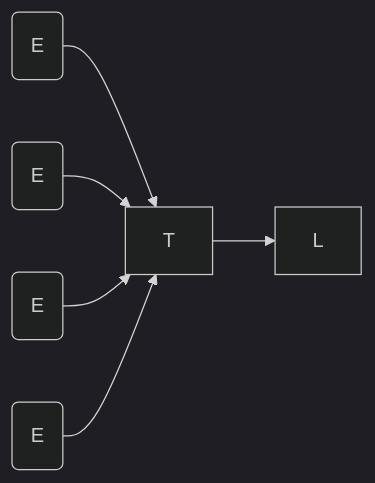
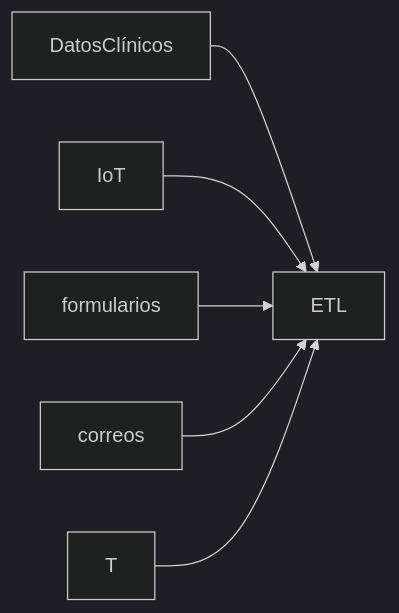
One commit to git-jrm/ing-datos-M5 changed the first of 5 diagrams in README.md. Above: the diagram before and after it, drawn with Mermaid (dark theme).

````diff
--- a/README.md
+++ b/README.md
@@ -41,8 +41,8 @@
 ```mermaid
 graph LR;
-  DatosClínicos(E)-->T;
-  IoT(E)-->T;
-  formularios(E)-->T;
-  correos(E)-->T;
-  T-->L;
+  DatosClínicos-->ETL;
+  IoT-->ETL;
+  formularios-->ETL;
+  correos-->ETL;
+  T-->ETL;
 ```
````
